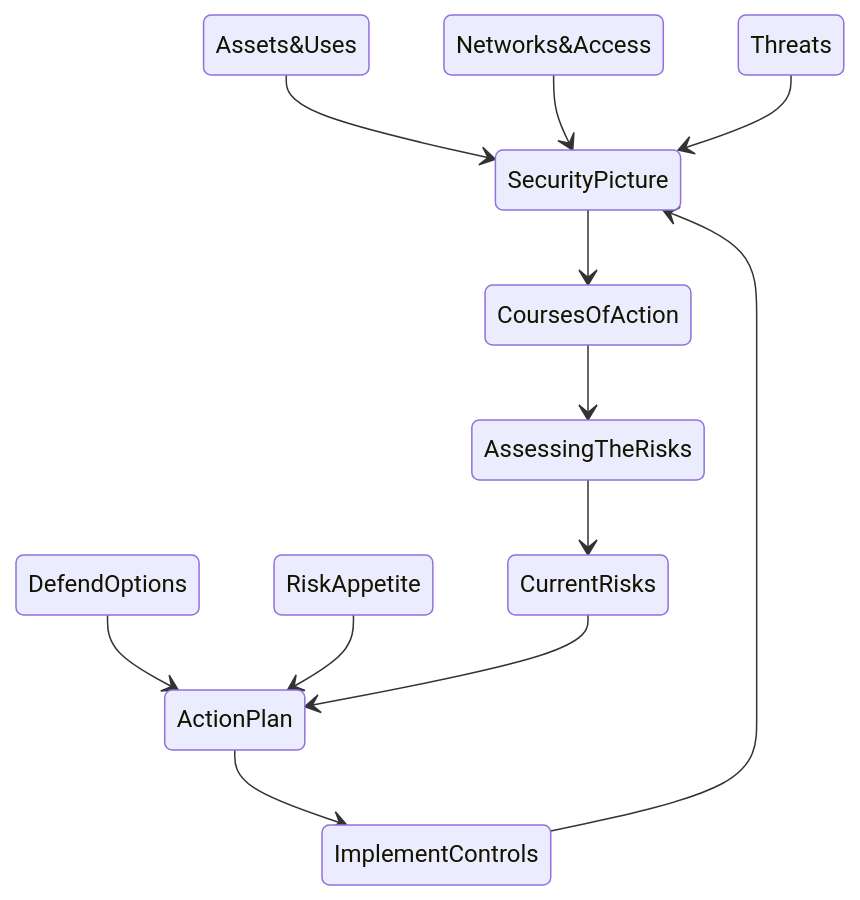
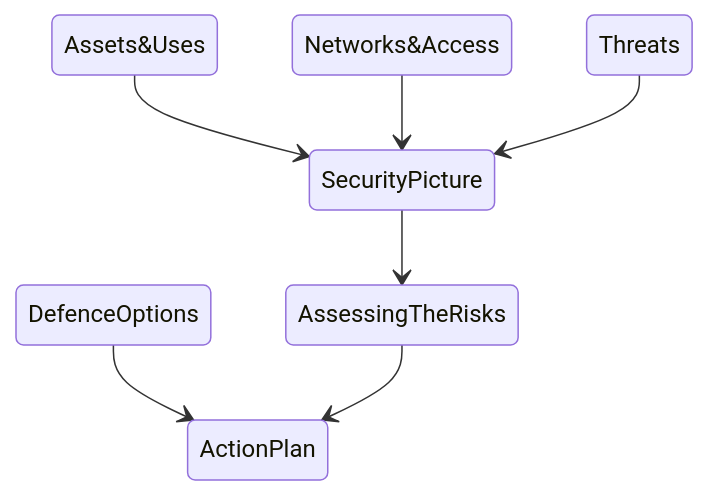
One commit to SecureByDesign-Playbook/SecureByDesign-Playbook changed the diagram in Playbook.md. Above: the diagram before and after it, drawn with Mermaid. The commit also changed other lines of this file and 69 other files, not shown here.

```diff
--- a/Playbook.md
+++ b/Playbook.md
@@ -26,14 +26,9 @@
 <pre class="mermaid">
 stateDiagram
    Assets&Uses --> SecurityPicture
    Networks&Access --> SecurityPicture
    Threats --> SecurityPicture
-   SecurityPicture --> CoursesOfAction
-   CoursesOfAction --> AssessingTheRisks
-   AssessingTheRisks --> CurrentRisks
-   DefendOptions --> ActionPlan
-   RiskAppetite --> ActionPlan
-   CurrentRisks --> ActionPlan
-   ActionPlan --> ImplementControls
-   ImplementControls --> SecurityPicture
+   SecurityPicture --> AssessingTheRisks
+   DefenceOptions --> ActionPlan
+   AssessingTheRisks --> ActionPlan
 </pre>
```
